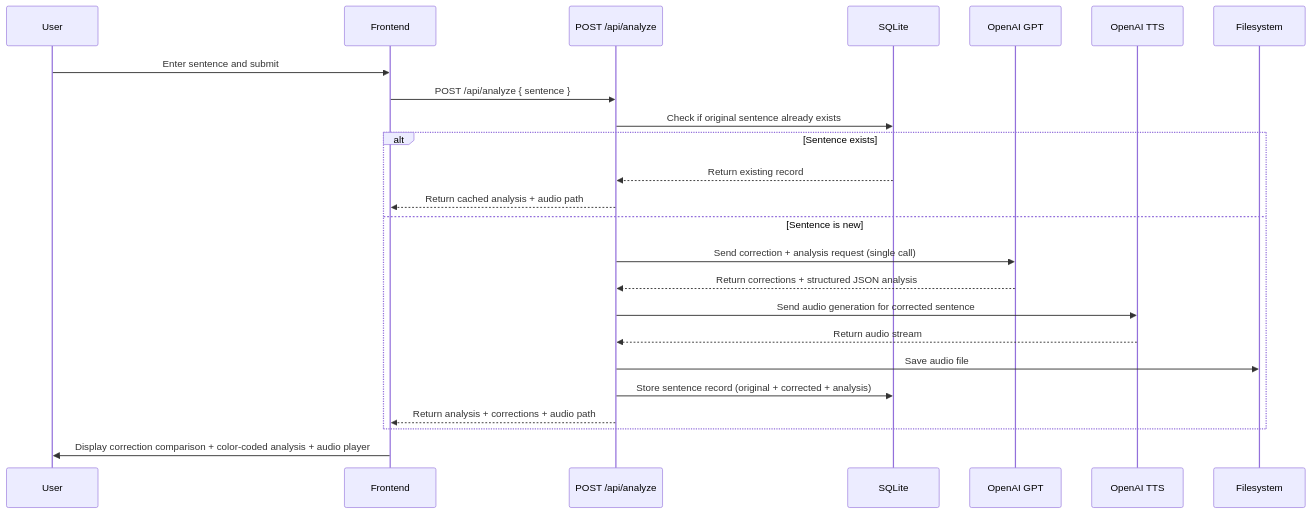
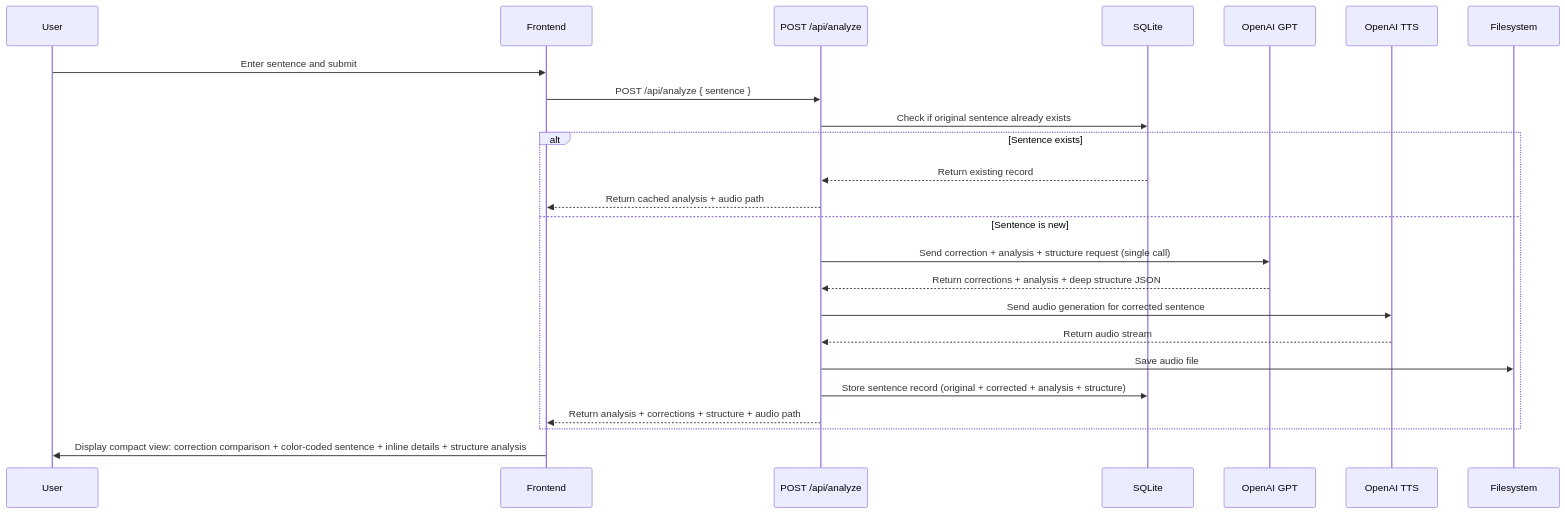
Before and after one commit to Djctionary/english-master: the third of 3 diagrams in .kiro/specs/sentence-learning/design.md, drawn with Mermaid. The commit also changed other lines of this file and 16 other files, not shown here.

First line of the commit message:
Add deep-structure analysis, CET-4 vocab & UI fixes

````diff
--- a/.kiro/specs/sentence-learning/design.md
+++ b/.kiro/specs/sentence-learning/design.md
@@ -55,27 +86,27 @@
 ```mermaid
 sequenceDiagram
     participant User
     participant Frontend
     participant API as POST /api/analyze
     participant DB as SQLite
     participant GPT as OpenAI GPT
     participant TTS as OpenAI TTS
     participant FS as Filesystem
 
     User->>Frontend: Enter sentence and submit
     Frontend->>API: POST /api/analyze { sentence }
     API->>DB: Check if original sentence already exists
     alt Sentence exists
         DB-->>API: Return existing record
         API-->>Frontend: Return cached analysis + audio path
     else Sentence is new
-        API->>GPT: Send correction + analysis request (single call)
-        GPT-->>API: Return corrections + structured JSON analysis
+        API->>GPT: Send correction + analysis + structure request (single call)
+        GPT-->>API: Return corrections + analysis + deep structure JSON
         API->>TTS: Send audio generation for corrected sentence
         TTS-->>API: Return audio stream
         API->>FS: Save audio file
-        API->>DB: Store sentence record (original + corrected + analysis)
-        API-->>Frontend: Return analysis + corrections + audio path
+        API->>DB: Store sentence record (original + corrected + analysis + structure)
+        API-->>Frontend: Return analysis + corrections + structure + audio path
     end
-    Frontend->>User: Display correction comparison + color-coded analysis + audio player
+    Frontend->>User: Display compact view: correction comparison + color-coded sentence + inline details + structure analysis
 ```
````
